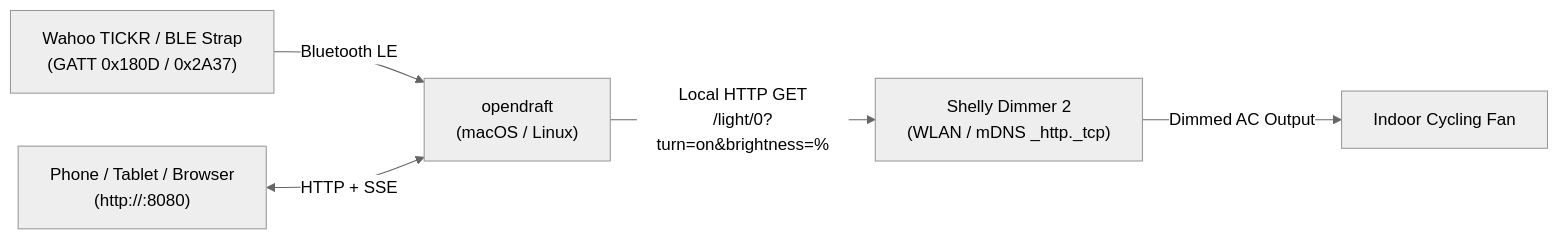
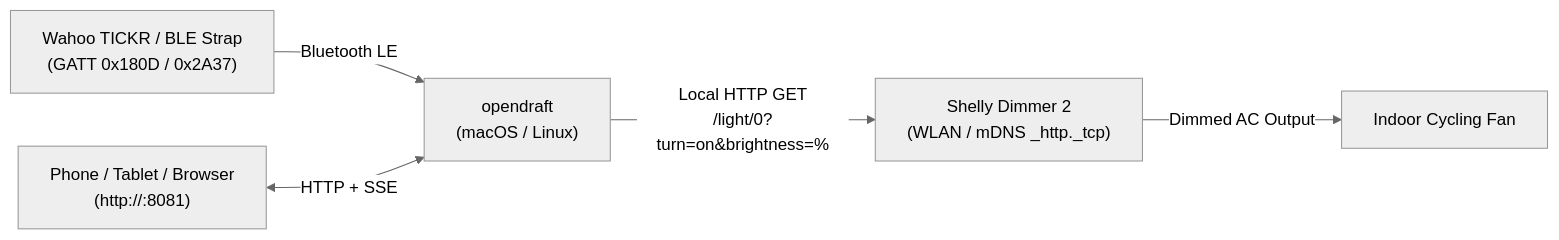
Before and after one commit to bfarka/opendraft: the diagram in docs/setup.md, drawn with Mermaid (neutral theme). The commit also changed other lines of this file and 9 other files, not shown here.

````diff
--- a/docs/setup.md
+++ b/docs/setup.md
@@ -15,7 +15,7 @@
 ```mermaid
 flowchart LR
     HR["Wahoo TICKR / BLE Strap\n(GATT 0x180D / 0x2A37)"] -->|Bluetooth LE| APP["opendraft\n(macOS / Linux)"]
     APP -->|"Local HTTP GET\n/light/0?turn=on&brightness=%"| SHELLY["Shelly Dimmer 2\n(WLAN / mDNS _http._tcp)"]
     SHELLY -->|Dimmed AC Output| FAN["Indoor Cycling Fan"]
-    WEB["Phone / Tablet / Browser\n(http://<lan-ip>:8080)"] <-->|"HTTP + SSE"| APP
+    WEB["Phone / Tablet / Browser\n(http://<lan-ip>:8081)"] <-->|"HTTP + SSE"| APP
 ```
````
